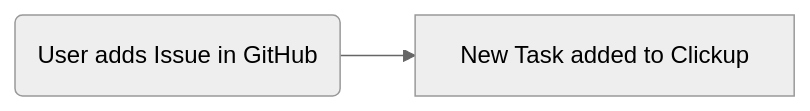
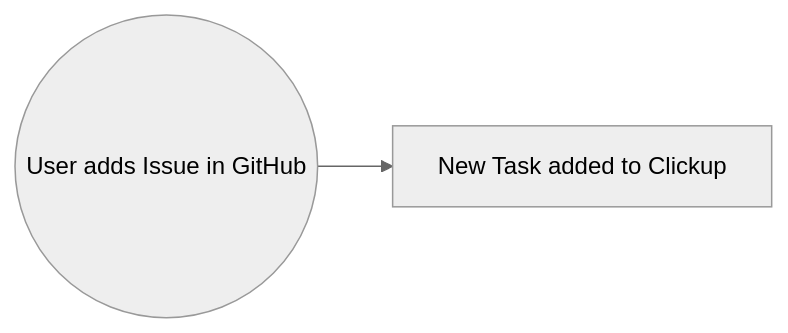
One commit to chingu-x/minervabot changed the first of 2 diagrams in README.md. Above: the diagram before and after it, drawn with Mermaid (neutral theme). The commit also changed other lines of this file, not shown here.

Commit message:
Feature: Add operation diagram

````diff
--- a/README.md
+++ b/README.md
@@ -41,4 +41,4 @@
 ```mermaid
 graph LR
-    A("User adds Issue in GitHub") --> B["New Task added to Clickup"]
+    A(("User adds Issue in GitHub")) --> B["New Task added to Clickup"]
 ```
````
